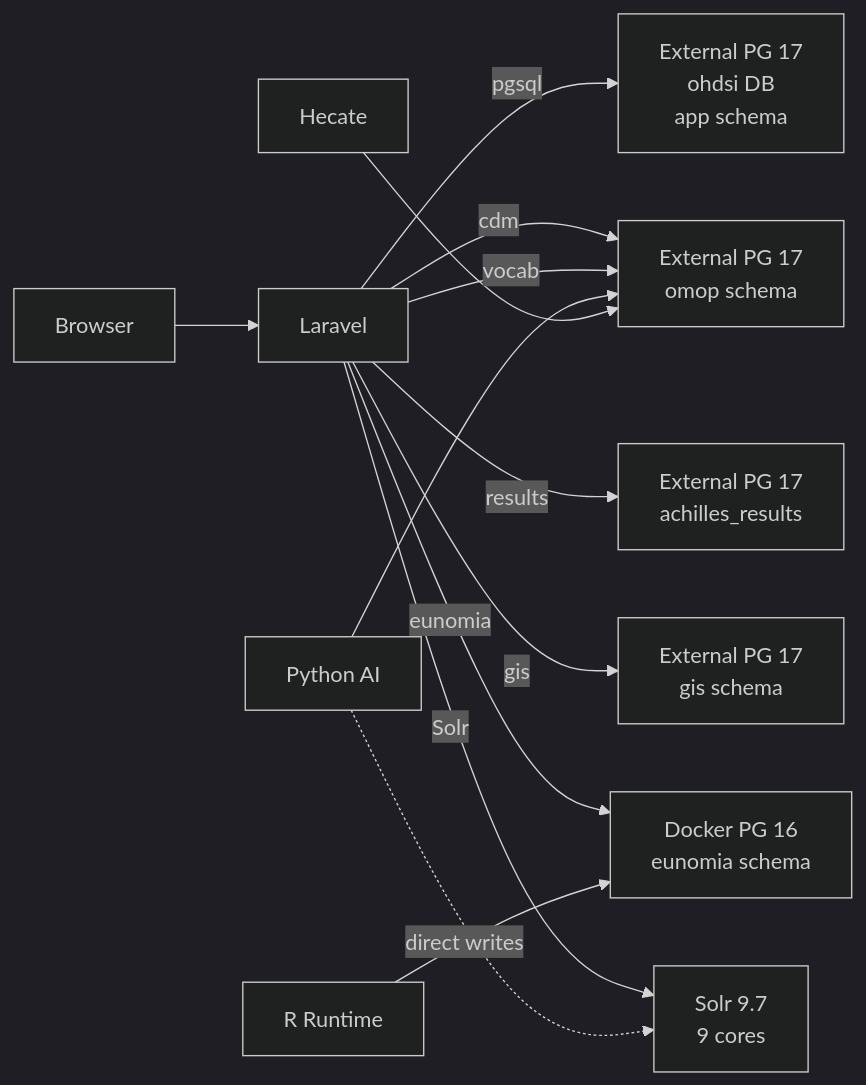
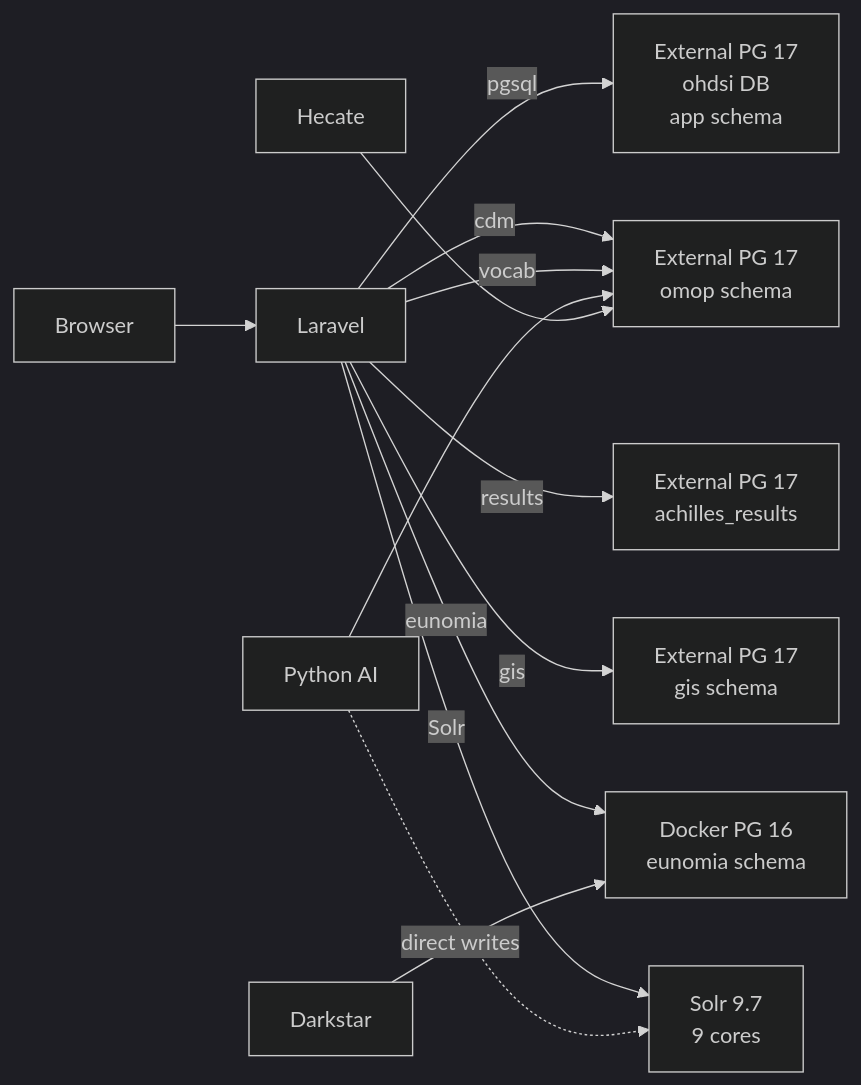
The second of 10 diagrams in docs/architecture/database-architecture.md (sudoshi/Parthenon), drawn with Mermaid (dark theme) before and after one commit. The commit also changed other lines of this file and 53 other files, not shown here.

````diff
--- a/docs/architecture/database-architecture.md
+++ b/docs/architecture/database-architecture.md
@@ -67,15 +67,15 @@
 ```mermaid
 graph LR
     Browser --> Laravel
     Laravel -->|pgsql| ExternalPG["External PG 17<br/>ohdsi DB<br/>app schema"]
     Laravel -->|cdm| ExternalPG2["External PG 17<br/>omop schema"]
     Laravel -->|vocab| ExternalPG2
     Laravel -->|results| ExternalPG3["External PG 17<br/>achilles_results"]
     Laravel -->|gis| ExternalPG4["External PG 17<br/>gis schema"]
     Laravel -->|eunomia| DockerPG["Docker PG 16<br/>eunomia schema"]
     Laravel -->|Solr| Solr["Solr 9.7<br/>9 cores"]
     PythonAI["Python AI"] --> ExternalPG2
     PythonAI -.->|direct writes| Solr
-    R["R Runtime"] --> DockerPG
+    Darkstar["Darkstar"] --> DockerPG
     Hecate --> ExternalPG2
 ```
````
